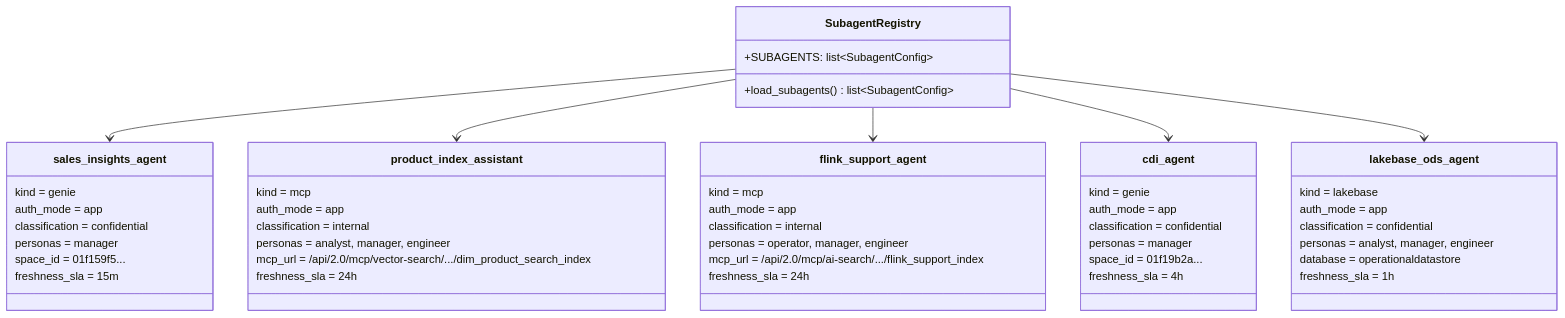
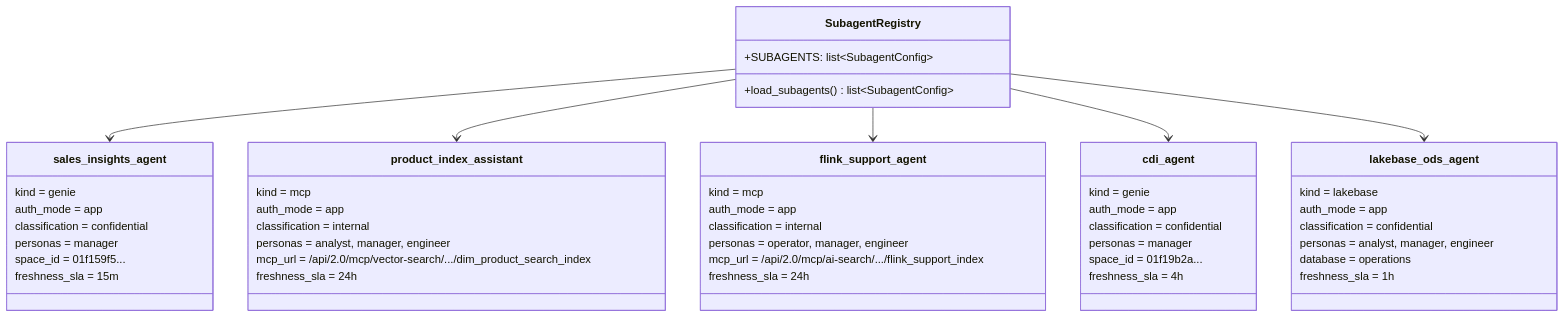
One commit to wchen-dea/Governed-Multi-Agent-Intelligence-on-Databricks changed the sixth of 6 diagrams in docs/architecture/design-artifacts/08-backend-class-diagram-as-is.md. Above: the diagram before and after it, drawn with Mermaid. The commit also changed other lines of this file and 106 other files, not shown here.

````diff
--- a/docs/architecture/design-artifacts/08-backend-class-diagram-as-is.md
+++ b/docs/architecture/design-artifacts/08-backend-class-diagram-as-is.md
@@ -367,60 +367,60 @@
 ```mermaid
 classDiagram
 direction TB
 
 class SubagentRegistry {
     +SUBAGENTS: list~SubagentConfig~
     +load_subagents() list~SubagentConfig~
 }
 
 class sales_insights_agent {
     kind = genie
     auth_mode = app
     classification = confidential
     personas = manager
     space_id = 01f159f5...
     freshness_sla = 15m
 }
 
 class product_index_assistant {
     kind = mcp
     auth_mode = app
     classification = internal
     personas = analyst, manager, engineer
     mcp_url = /api/2.0/mcp/vector-search/.../dim_product_search_index
     freshness_sla = 24h
 }
 
 class flink_support_agent {
     kind = mcp
     auth_mode = app
     classification = internal
     personas = operator, manager, engineer
     mcp_url = /api/2.0/mcp/ai-search/.../flink_support_index
     freshness_sla = 24h
 }
 
 class cdi_agent {
     kind = genie
     auth_mode = app
     classification = confidential
     personas = manager
     space_id = 01f19b2a...
     freshness_sla = 4h
 }
 
 class lakebase_ods_agent {
     kind = lakebase
     auth_mode = app
     classification = confidential
     personas = analyst, manager, engineer
-    database = operationaldatastore
+    database = operations
     freshness_sla = 1h
 }
 
 SubagentRegistry --> sales_insights_agent
 SubagentRegistry --> product_index_assistant
 SubagentRegistry --> flink_support_agent
 SubagentRegistry --> cdi_agent
 SubagentRegistry --> lakebase_ods_agent
 ```
````
